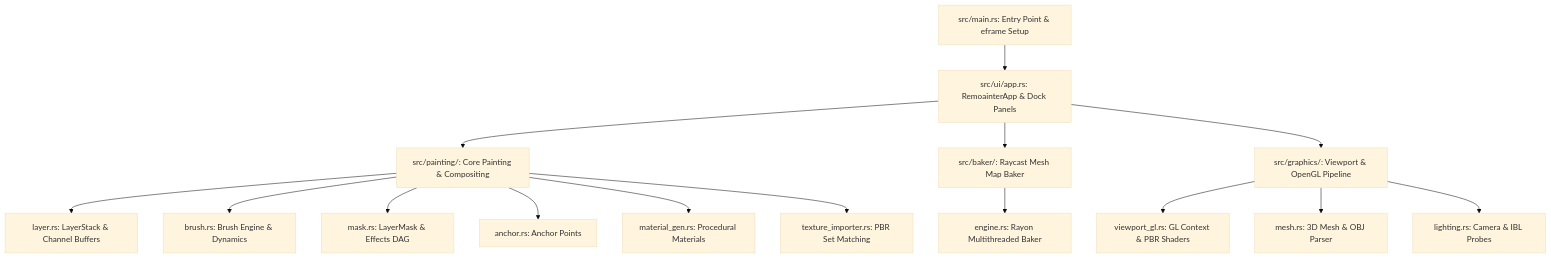
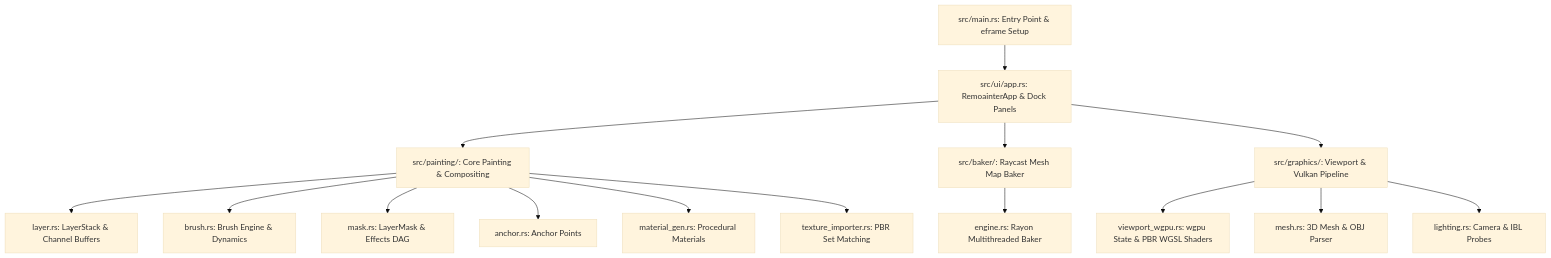
Before and after one commit to SAIRAMSSSS/REMoAINTER: the first of 4 diagrams in docs/ARCHITECTURE.md, drawn with Mermaid (base theme). The commit also changed other lines of this file and 28 other files, not shown here.

````diff
--- a/docs/ARCHITECTURE.md
+++ b/docs/ARCHITECTURE.md
@@ -9,21 +9,21 @@
 ```mermaid
 graph TD
     Main[src/main.rs: Entry Point & eframe Setup] --> UI[src/ui/app.rs: RemoainterApp & Dock Panels]
     
     UI --> Paint[src/painting/: Core Painting & Compositing]
     UI --> Baker[src/baker/: Raycast Mesh Map Baker]
-    UI --> Gfx[src/graphics/: Viewport & OpenGL Pipeline]
+    UI --> Gfx[src/graphics/: Viewport & Vulkan Pipeline]
     
     Paint --> Layer[layer.rs: LayerStack & Channel Buffers]
     Paint --> Brush[brush.rs: Brush Engine & Dynamics]
     Paint --> Mask[mask.rs: LayerMask & Effects DAG]
     Paint --> Anchor[anchor.rs: Anchor Points]
     Paint --> MatGen[material_gen.rs: Procedural Materials]
     Paint --> TexImp[texture_importer.rs: PBR Set Matching]
     
     Baker --> BakeEng[engine.rs: Rayon Multithreaded Baker]
     
-    Gfx --> Viewport[viewport_gl.rs: GL Context & PBR Shaders]
+    Gfx --> Viewport[viewport_wgpu.rs: wgpu State & PBR WGSL Shaders]
     Gfx --> Mesh[mesh.rs: 3D Mesh & OBJ Parser]
     Gfx --> Lighting[lighting.rs: Camera & IBL Probes]
 ```
````
